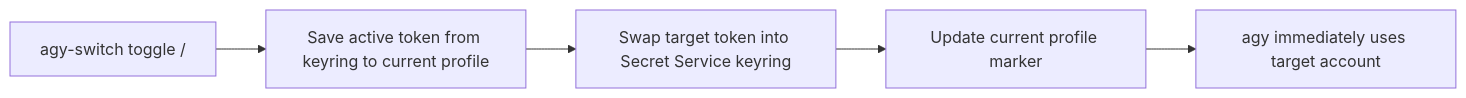
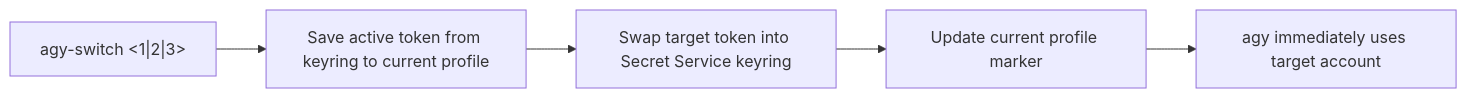
One commit to quantavil/linux-setup changed the diagram in agy-switch/README.md. Above: the diagram before and after it, drawn with Mermaid. The commit also changed other lines of this file and 3 other files, not shown here.

Commit message:
feat(agy-switch): support 3 accounts and require explicit profile argument

````diff
--- a/agy-switch/README.md
+++ b/agy-switch/README.md
@@ -26,7 +26,7 @@
 ```mermaid
 flowchart LR
-    A["agy-switch toggle / <id>"] --> B["Save active token from keyring to current profile"]
+    A["agy-switch <1|2|3>"] --> B["Save active token from keyring to current profile"]
     B --> C["Swap target token into Secret Service keyring"]
     C --> D["Update current profile marker"]
     D --> E["agy immediately uses target account"]
 ```
````
